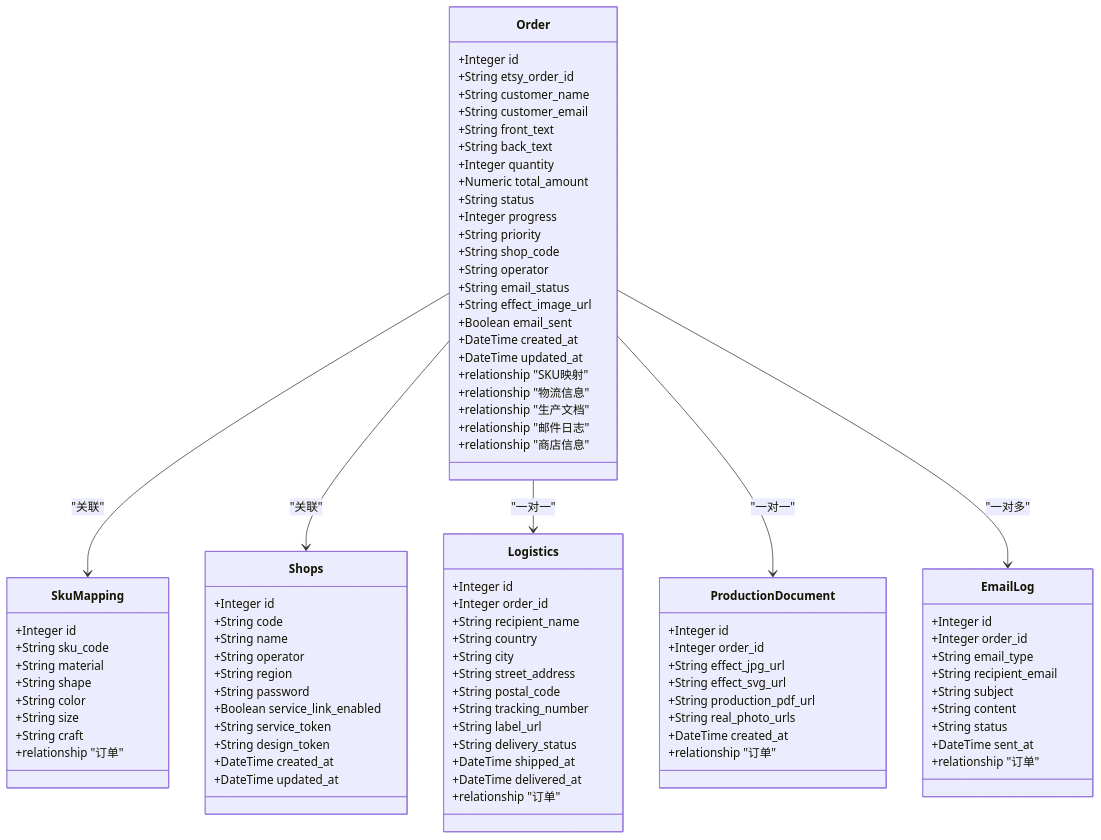
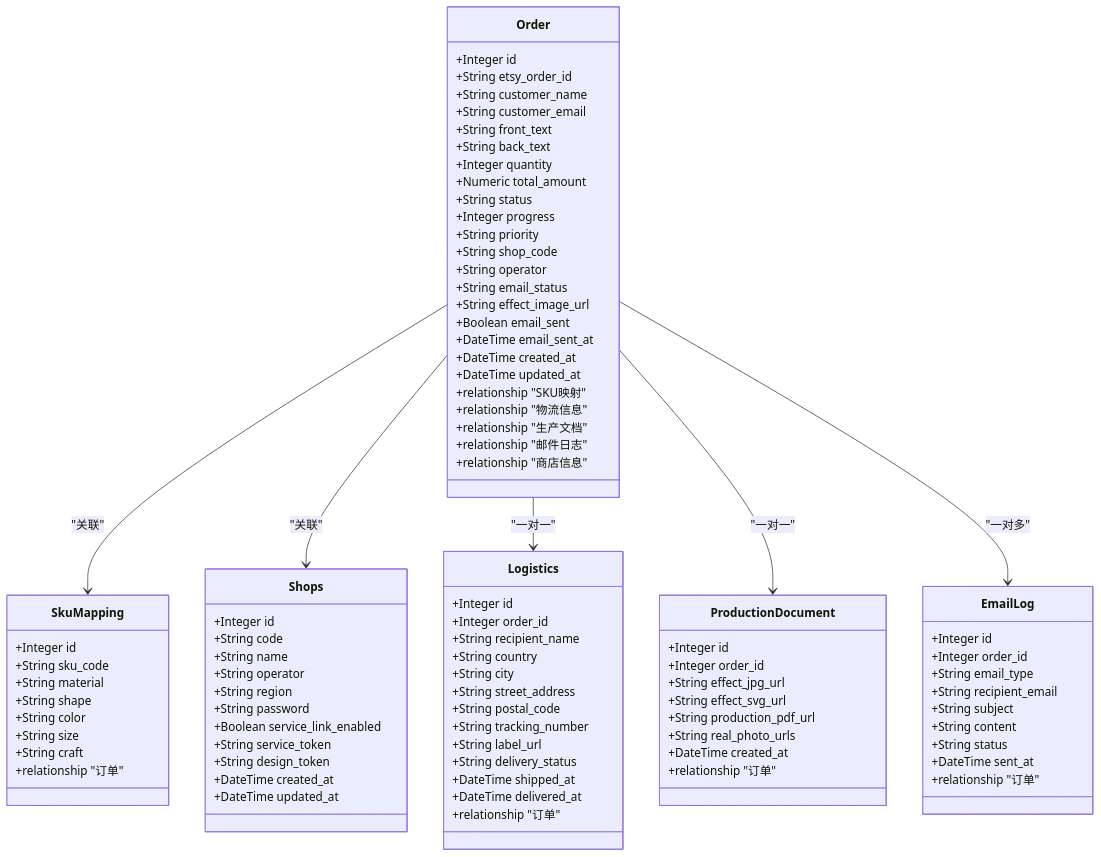
One commit to SY6621/POD-Order-Management changed the second of 27 diagrams in .qoder/repowiki/zh/content/开发指南/订单处理工作流增强.md. Above: the diagram before and after it, drawn with Mermaid. The commit also changed other lines of this file and 8 other files, not shown here.

```diff
--- a/.qoder/repowiki/zh/content/开发指南/订单处理工作流增强.md
+++ b/.qoder/repowiki/zh/content/开发指南/订单处理工作流增强.md
@@ -144,6 +162,7 @@
 +String email_status
 +String effect_image_url
 +Boolean email_sent
++DateTime email_sent_at
 +DateTime created_at
 +DateTime updated_at
 +relationship "SKU映射"
```
